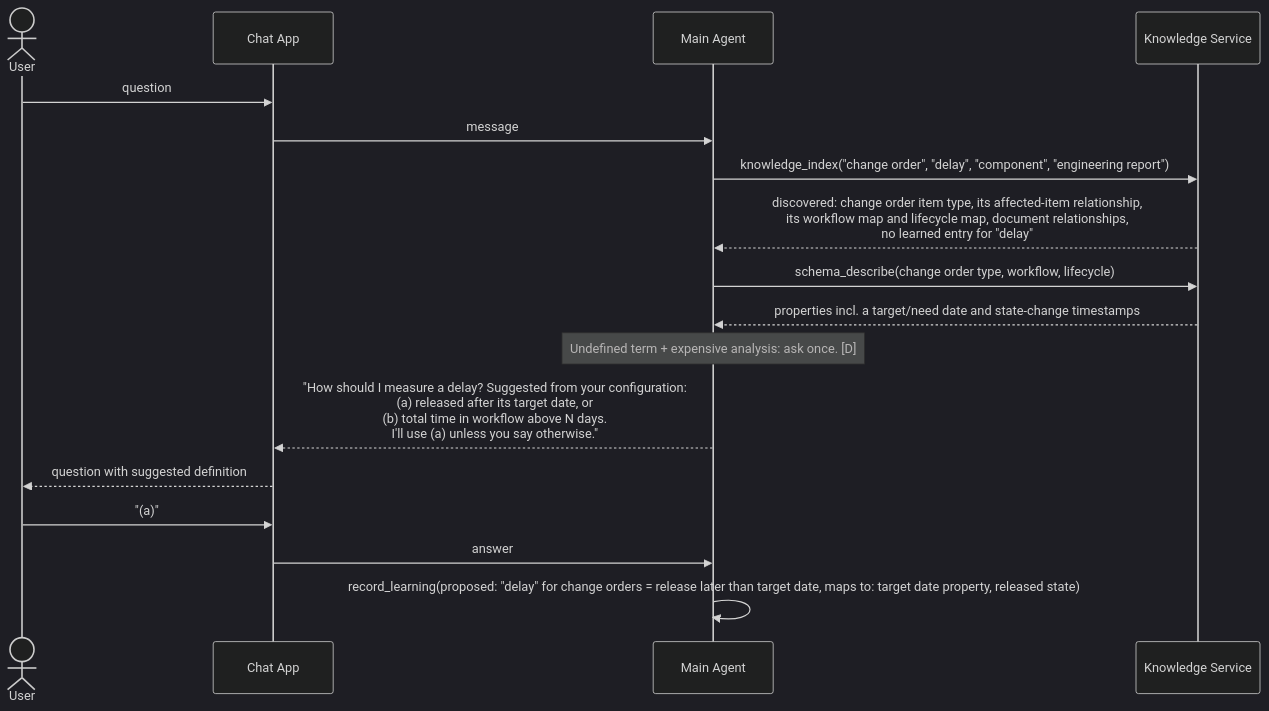
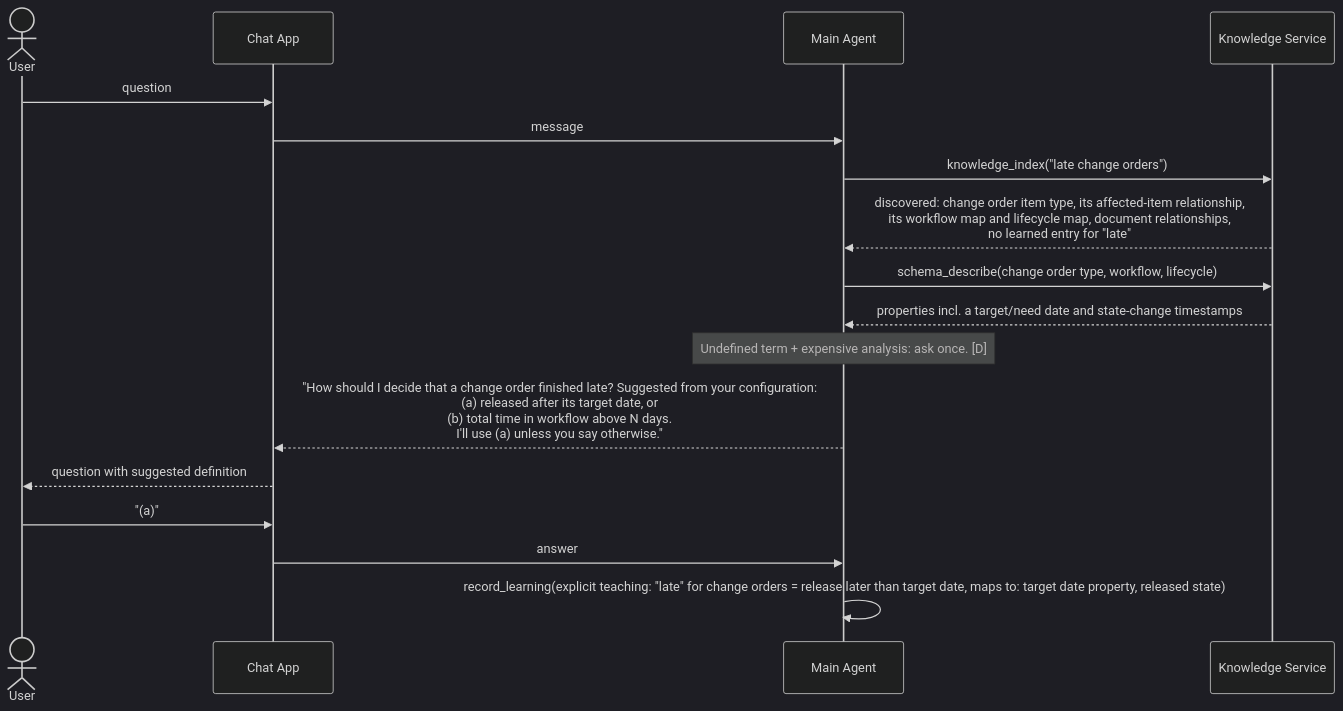
Before and after one commit to omkarbhale/aras-insight: the fourth of 8 diagrams in docs/architecture/question-lifecycle.md, drawn with Mermaid (dark theme). The commit also changed other lines of this file and 99 other files, not shown here.

````diff
--- a/docs/architecture/question-lifecycle.md
+++ b/docs/architecture/question-lifecycle.md
@@ -120,20 +120,20 @@
 ```mermaid
 sequenceDiagram
     actor U as User
     participant App as Chat App
     participant MA as Main Agent
     participant KS as Knowledge Service
 
     U->>App: question
     App->>MA: message
-    MA->>KS: knowledge_index("change order", "delay", "component", "engineering report")
-    KS-->>MA: discovered: change order item type, its affected-item relationship,<br/>its workflow map and lifecycle map, document relationships,<br/>no learned entry for "delay"
+    MA->>KS: knowledge_index("late change orders")
+    KS-->>MA: discovered: change order item type, its affected-item relationship,<br/>its workflow map and lifecycle map, document relationships,<br/>no learned entry for "late"
     MA->>KS: schema_describe(change order type, workflow, lifecycle)
     KS-->>MA: properties incl. a target/need date and state-change timestamps
     Note over MA: Undefined term + expensive analysis: ask once. [D]
-    MA-->>App: "How should I measure a delay? Suggested from your configuration:<br/>(a) released after its target date, or<br/>(b) total time in workflow above N days.<br/>I'll use (a) unless you say otherwise."
+    MA-->>App: "How should I decide that a change order finished late? Suggested from your configuration:<br/>(a) released after its target date, or<br/>(b) total time in workflow above N days.<br/>I'll use (a) unless you say otherwise."
     App-->>U: question with suggested definition
     U->>App: "(a)"
     App->>MA: answer
-    MA->>MA: record_learning(proposed: "delay" for change orders = release later than target date, maps to: target date property, released state)
+    MA->>MA: record_learning(explicit teaching: "late" for change orders = release later than target date, maps to: target date property, released state)
 ```
````
